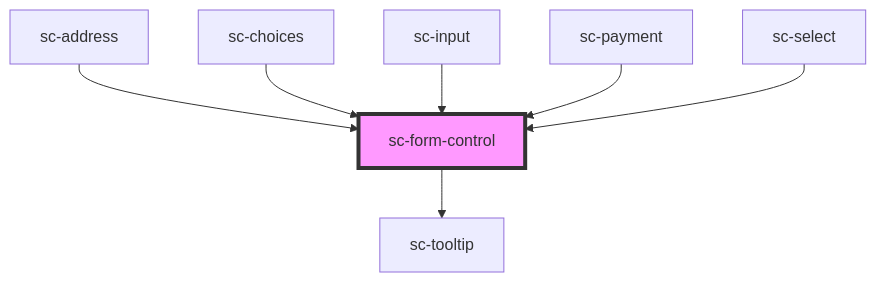
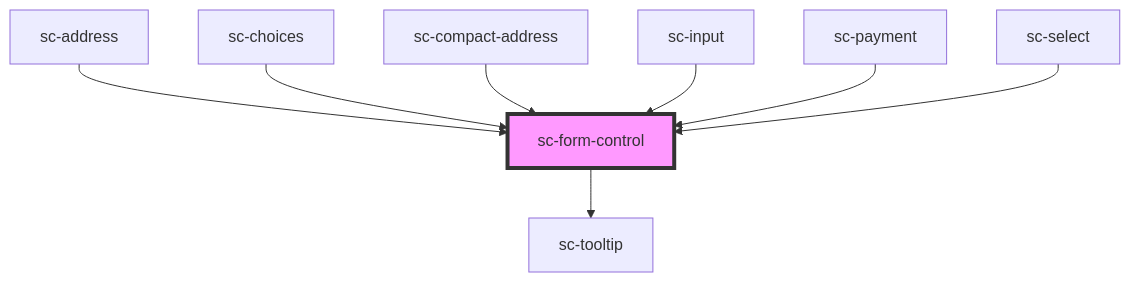
The diagram in packages/components/src/components/ui/form-control/readme.md (surecart/surecart-wp-plugin), drawn with Mermaid before and after one commit. The commit also changed other lines of this file and 146 other files, not shown here.

````diff
--- a/packages/components/src/components/ui/form-control/readme.md
+++ b/packages/components/src/components/ui/form-control/readme.md
@@ -47,10 +48,11 @@
 ```mermaid
 graph TD;
   sc-form-control --> sc-tooltip
   sc-address --> sc-form-control
   sc-choices --> sc-form-control
+  sc-compact-address --> sc-form-control
   sc-input --> sc-form-control
   sc-payment --> sc-form-control
   sc-select --> sc-form-control
   style sc-form-control fill:#f9f,stroke:#333,stroke-width:4px
 ```
````
